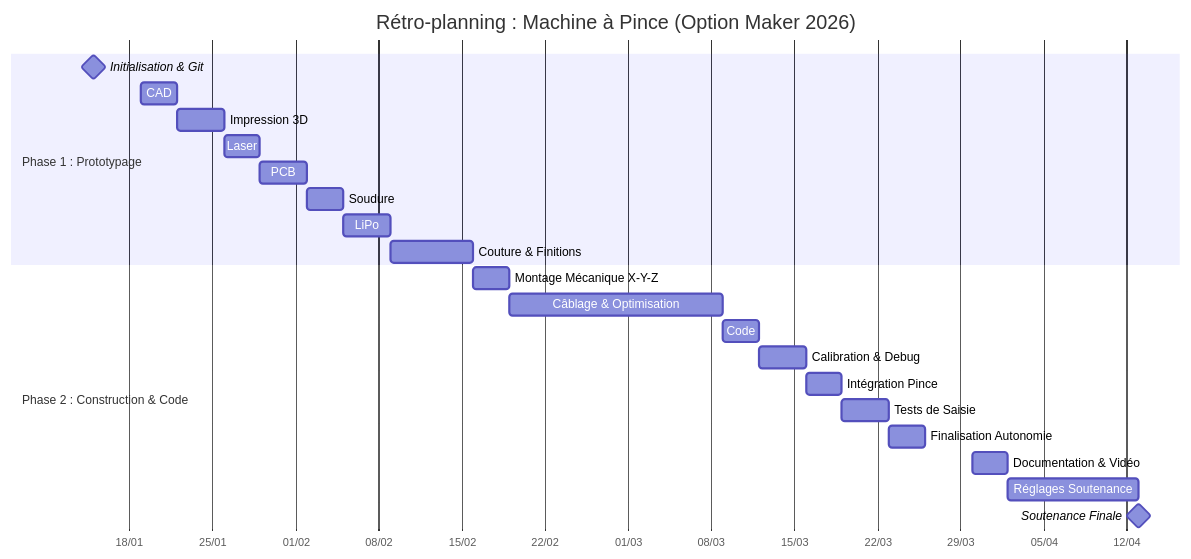
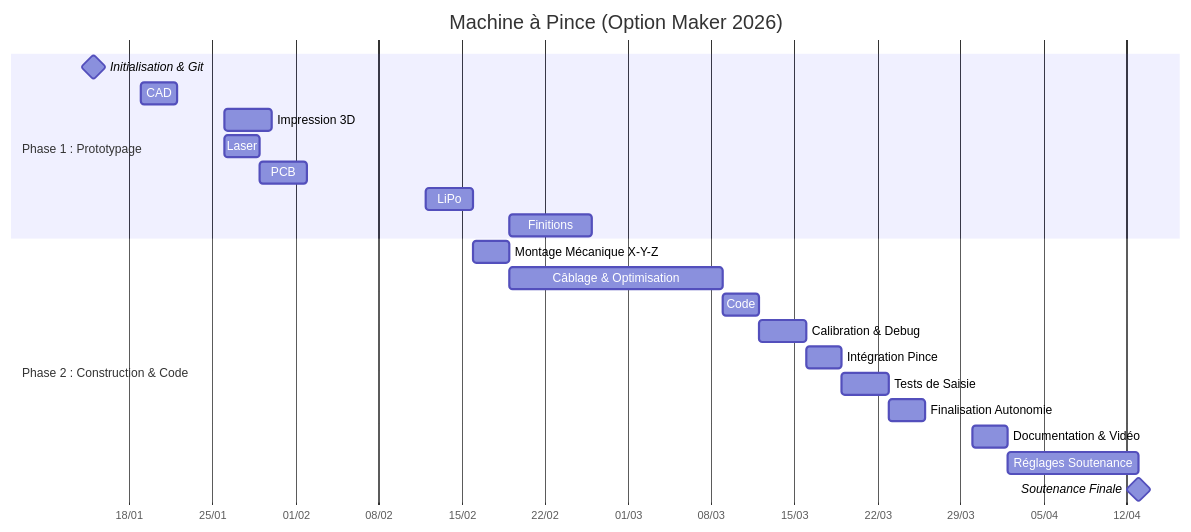
The diagram in README.md (emiz-jh/2526_Maker_ClawMachine), drawn with Mermaid before and after one commit. The commit also changed other lines of this file, not shown here.

Commit message:
MAJ README

````diff
--- a/README.md
+++ b/README.md
@@ -43,28 +45,27 @@
 ```mermaid
 gantt
-    title Rétro-planning : Machine à Pince (Option Maker 2026)
+    title Machine à Pince (Option Maker 2026)
     dateFormat  YYYY-MM-DD
     axisFormat  %d/%m
     
     section Phase 1 : Prototypage
     Initialisation & Git      :milestone, m1, 2026-01-15, 0d
     CAD : Pince & Joystick    :a1, 2026-01-19, 3d
-    Impression 3D : Pince     :a2, 2026-01-22, 4d
+    Impression 3D : Pince     :a2, 2026-01-26, 4d
     Laser : Châssis & Axes    :a3, 2026-01-26, 3d
     PCB : Joystick & Bouton   :a4, 2026-01-29, 4d
-    Soudure : Assemblage      :a5, 2026-02-02, 3d
-    LiPo : Pack & BMS         :a6, 2026-02-05, 4d
-    Couture & Finitions       :a7, 2026-02-09, 7d
+    LiPo : Pack & BMS         :a6, 2026-02-12, 4d
+    Finitions                 :a7, 2026-02-19, 7d
     
     section Phase 2 : Construction & Code
     Montage Mécanique X-Y-Z   :b1, 2026-02-16, 3d
     Câblage & Optimisation    :b2, 2026-02-19, 18d
     Code : Mouvements         :b3, 2026-03-09, 3d
     Calibration & Debug       :b4, 2026-03-12, 4d
     Intégration Pince         :b5, 2026-03-16, 3d
     Tests de Saisie           :b6, 2026-03-19, 4d
     Finalisation Autonomie    :b7, 2026-03-23, 3d
     Documentation & Vidéo     :b8, 2026-03-30, 3d
     Réglages Soutenance       :b9, 2026-04-02, 11d
     Soutenance Finale         :milestone, m2, 2026-04-13, 0d
 ``` 
````
